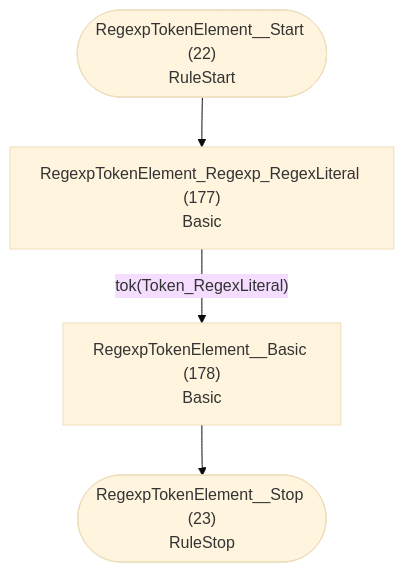
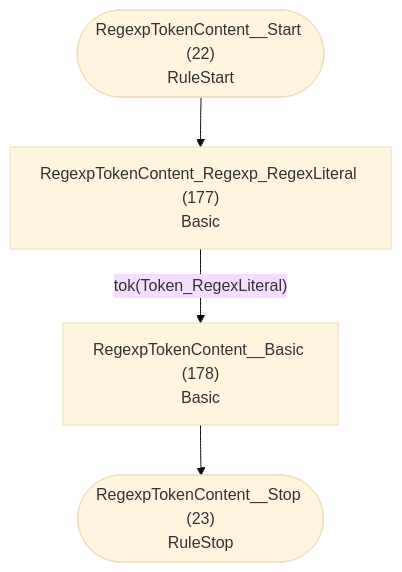
One commit to TypeFox/fastbelt changed diagram 12 of 37 in internal/grammar/atn.md. Above: the diagram before and after it, drawn with Mermaid (base theme). The commit also changed other lines of this file and 9 other files, not shown here.

````diff
--- a/internal/grammar/atn.md
+++ b/internal/grammar/atn.md
@@ -343,11 +343,11 @@
 ```mermaid
 flowchart TD
-    q22(["RegexpTokenElement__Start (22)<br/>RuleStart"])
-    q23(["RegexpTokenElement__Stop (23)<br/>RuleStop"])
-    q177["RegexpTokenElement_Regexp_RegexLiteral (177)<br/>Basic<br/>"]
-    q178["RegexpTokenElement__Basic (178)<br/>Basic<br/>"]
+    q22(["RegexpTokenContent__Start (22)<br/>RuleStart"])
+    q23(["RegexpTokenContent__Stop (23)<br/>RuleStop"])
+    q177["RegexpTokenContent_Regexp_RegexLiteral (177)<br/>Basic<br/>"]
+    q178["RegexpTokenContent__Basic (178)<br/>Basic<br/>"]
 
     q22 --> q177
     q177 -->|"tok(Token_RegexLiteral)"| q178
     q178 --> q23
 ```
````
